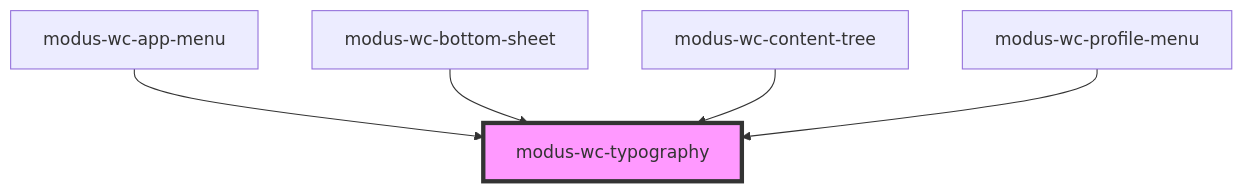
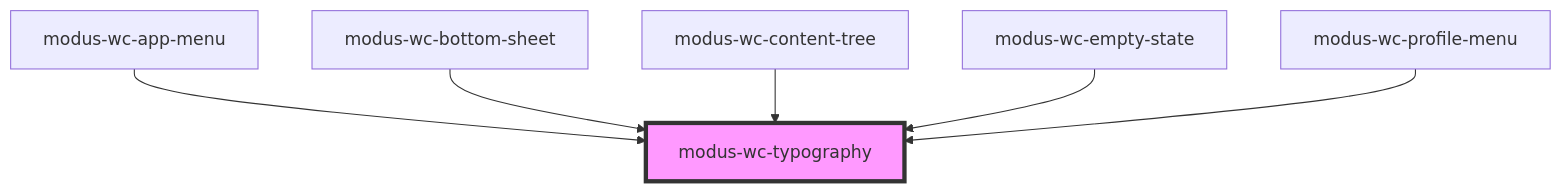
The diagram in src/components/modus-wc-typography/readme.md (trimble-oss/modus-wc-2.0), drawn with Mermaid before and after one commit. The commit also changed other lines of this file and 20 other files, not shown here.

````diff
--- a/src/components/modus-wc-typography/readme.md
+++ b/src/components/modus-wc-typography/readme.md
@@ -42,8 +43,9 @@
 ```mermaid
 graph TD;
   modus-wc-app-menu --> modus-wc-typography
   modus-wc-bottom-sheet --> modus-wc-typography
   modus-wc-content-tree --> modus-wc-typography
+  modus-wc-empty-state --> modus-wc-typography
   modus-wc-profile-menu --> modus-wc-typography
   style modus-wc-typography fill:#f9f,stroke:#333,stroke-width:4px
 ```
````
